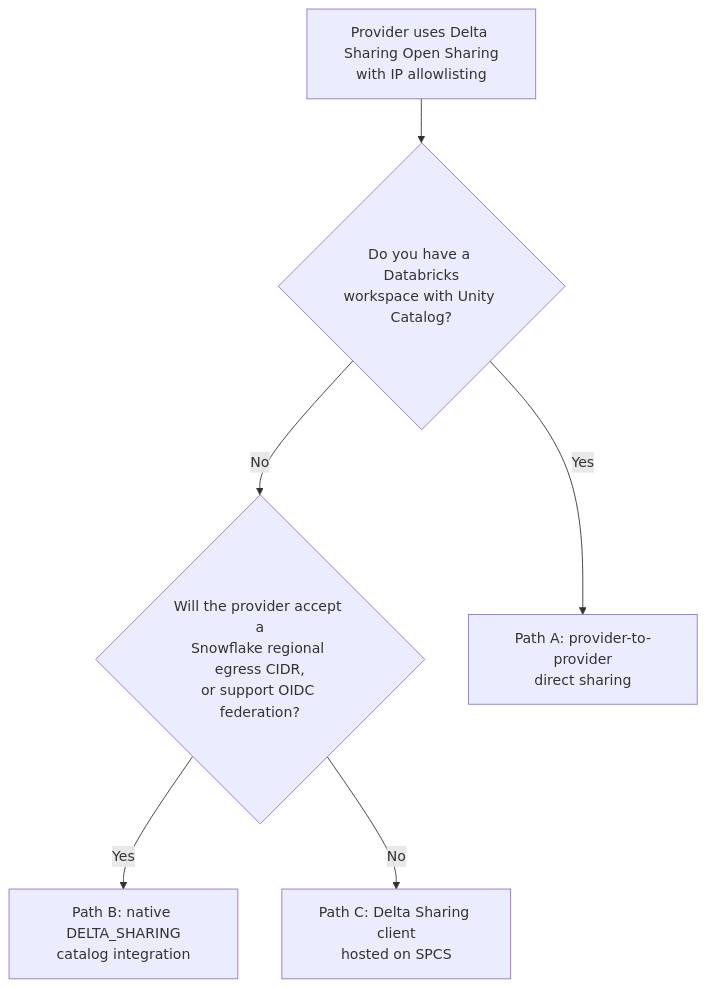
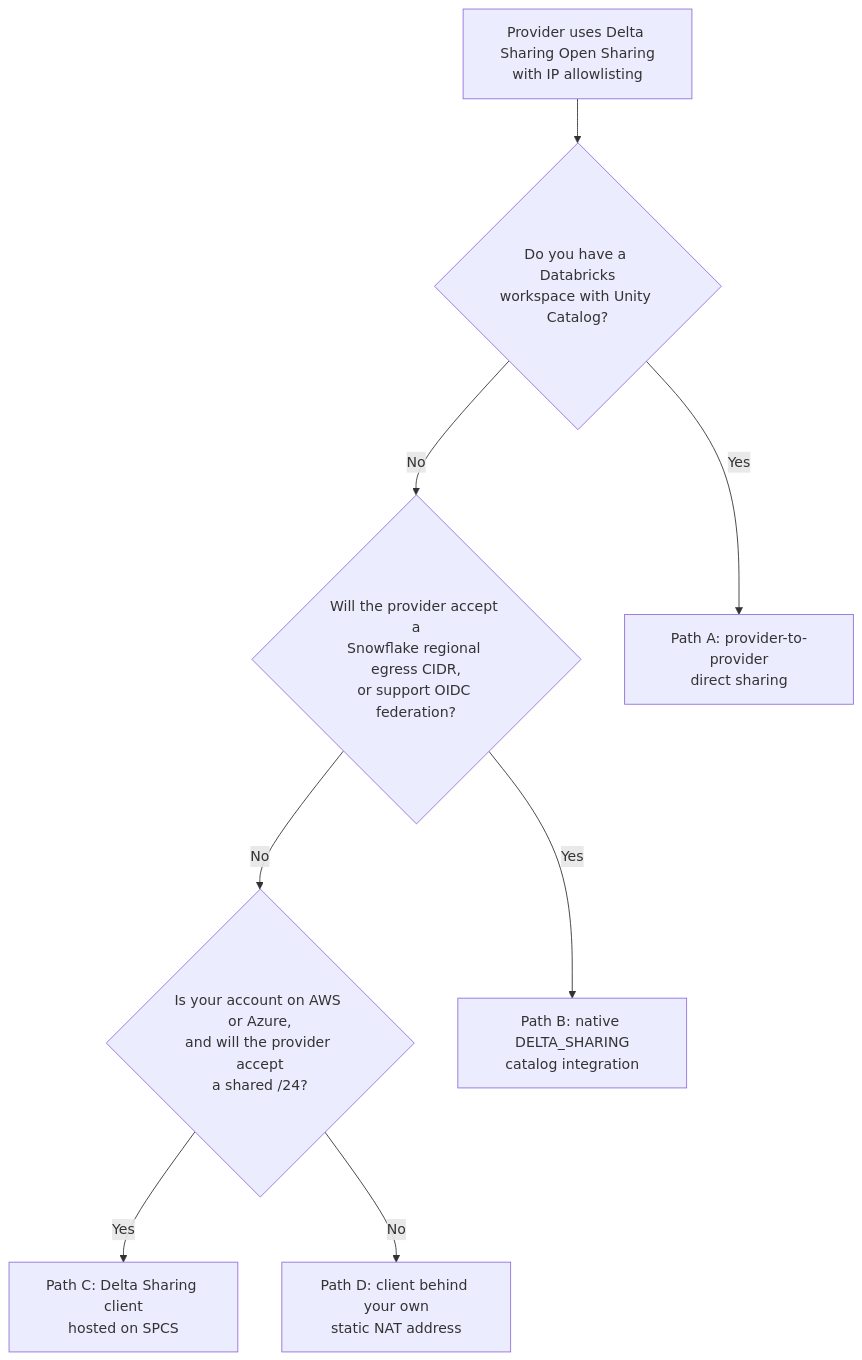
The first of 3 diagrams in guide-delta-sharing-ip-allowlist/README.md (sfc-gh-miwhitaker/sfe-public), drawn with Mermaid before and after one commit. The commit also changed other lines of this file and 53 other files, not shown here.

````diff
--- a/guide-delta-sharing-ip-allowlist/README.md
+++ b/guide-delta-sharing-ip-allowlist/README.md
@@ -54,15 +55,19 @@
 ```mermaid
 flowchart TD
   start["Provider uses Delta Sharing Open Sharing<br>with IP allowlisting"]
   q1{"Do you have a Databricks<br>workspace with Unity Catalog?"}
   q2{"Will the provider accept a<br>Snowflake regional egress CIDR,<br>or support OIDC federation?"}
+  q3{"Is your account on AWS or Azure,<br>and will the provider accept<br>a shared /24?"}
   pathA["Path A: provider-to-provider<br>direct sharing"]
   pathB["Path B: native DELTA_SHARING<br>catalog integration"]
   pathC["Path C: Delta Sharing client<br>hosted on SPCS"]
+  pathD["Path D: client behind your own<br>static NAT address"]
 
   start --> q1
   q1 -->|Yes| pathA
   q1 -->|No| q2
   q2 -->|Yes| pathB
-  q2 -->|No| pathC
+  q2 -->|No| q3
+  q3 -->|Yes| pathC
+  q3 -->|No| pathD
 ```
````
